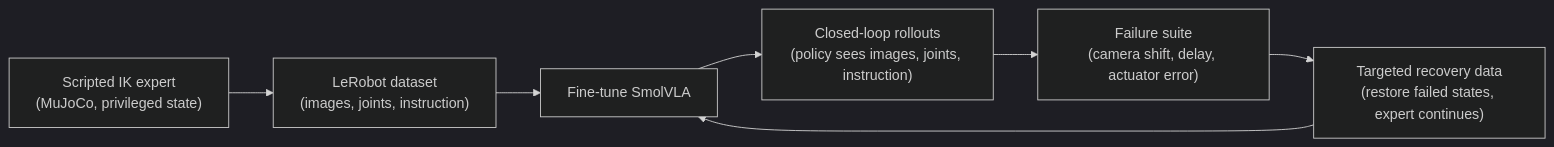
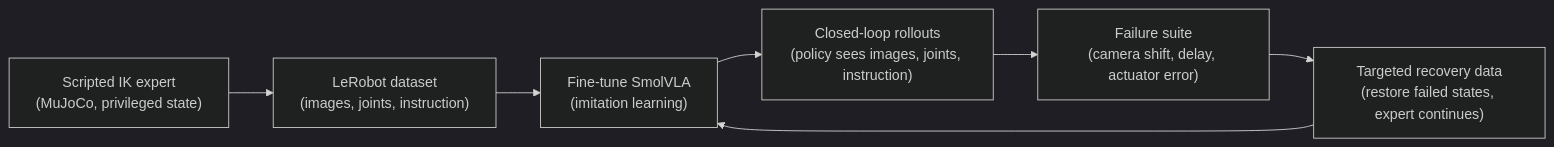
One commit to ApurvK032/humanoid-vla changed the diagram in README.md. Above: the diagram before and after it, drawn with Mermaid (dark theme). The commit also changed other lines of this file and 2 other files, not shown here.

````diff
--- a/README.md
+++ b/README.md
@@ -42,9 +94,9 @@
 ```mermaid
 flowchart LR
     A["Scripted IK expert<br/>(MuJoCo, privileged state)"] --> B["LeRobot dataset<br/>(images, joints, instruction)"]
-    B --> C["Fine-tune SmolVLA"]
+    B --> C["Fine-tune SmolVLA<br/>(imitation learning)"]
     C --> D["Closed-loop rollouts<br/>(policy sees images, joints, instruction)"]
     D --> E["Failure suite<br/>(camera shift, delay, actuator error)"]
     E --> F["Targeted recovery data<br/>(restore failed states, expert continues)"]
     F --> C
 ```
````
